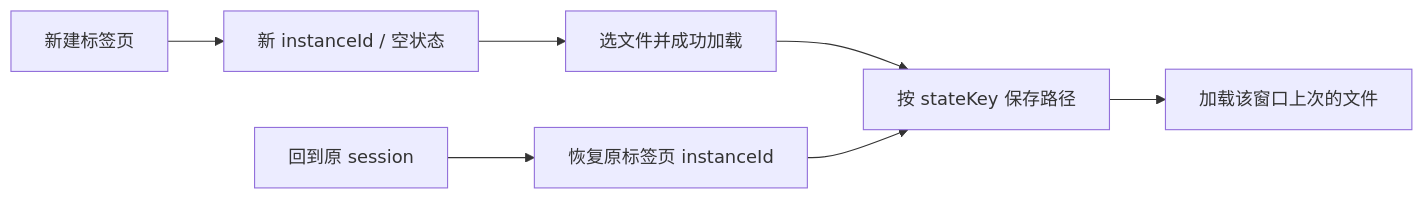
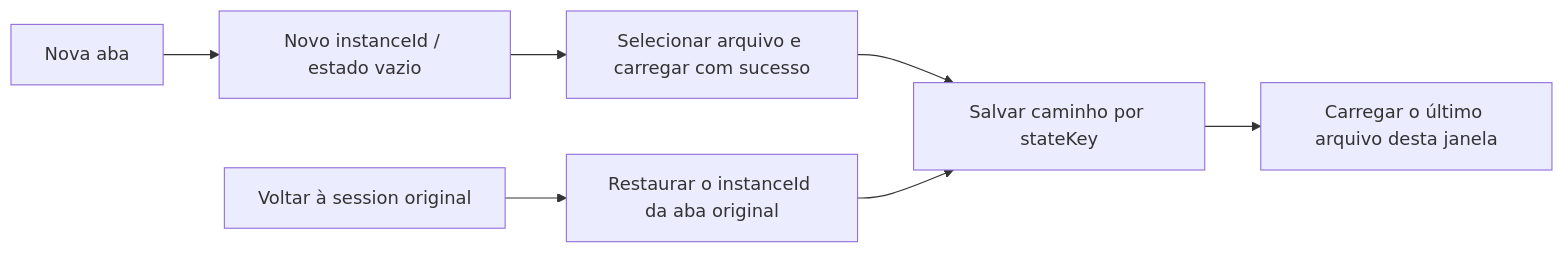
Before and after one commit to JoaoNetoDev/BR-Code: the diagram in docs/plugins/2026-10-15-office-viewer-builtin-panels-spec.md, drawn with Mermaid. The commit also changed other lines of this file and 177 other files, not shown here.

````diff
--- a/docs/plugins/2026-10-15-office-viewer-builtin-panels-spec.md
+++ b/docs/plugins/2026-10-15-office-viewer-builtin-panels-spec.md
@@ -68,9 +68,9 @@
 ```mermaid
 flowchart LR
-  A[新建标签页] --> B[新 instanceId / 空状态]
-  B --> C[选文件并成功加载]
-  C --> D[按 stateKey 保存路径]
-  E[回到原 session] --> F[恢复原标签页 instanceId]
+  A[Nova aba] --> B[Novo instanceId / estado vazio]
+  B --> C[Selecionar arquivo e carregar com sucesso]
+  C --> D[Salvar caminho por stateKey]
+  E[Voltar à session original] --> F[Restaurar o instanceId da aba original]
   F --> D
-  D --> G[加载该窗口上次的文件]
+  D --> G[Carregar o último arquivo desta janela]
 ```
````
